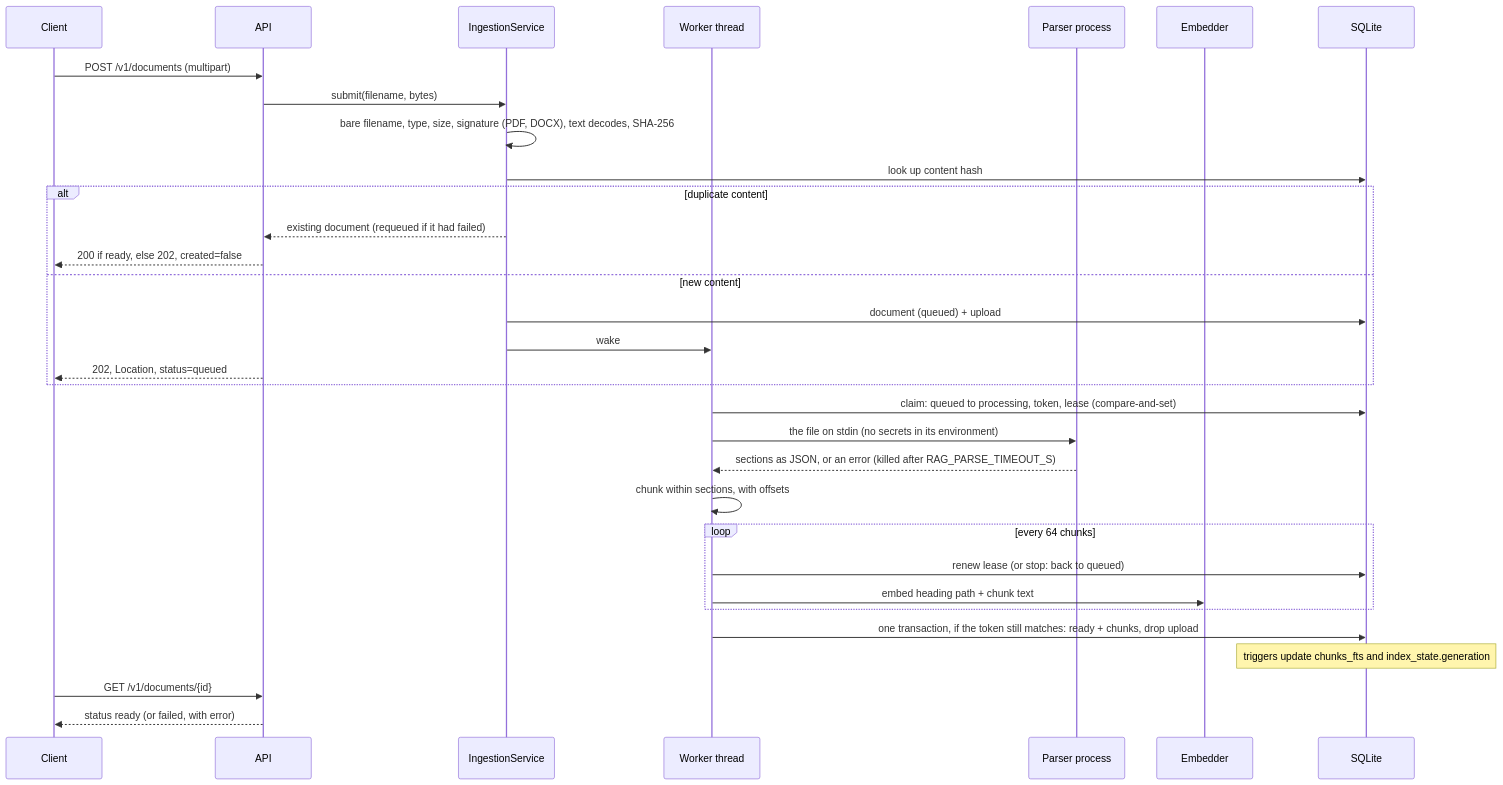
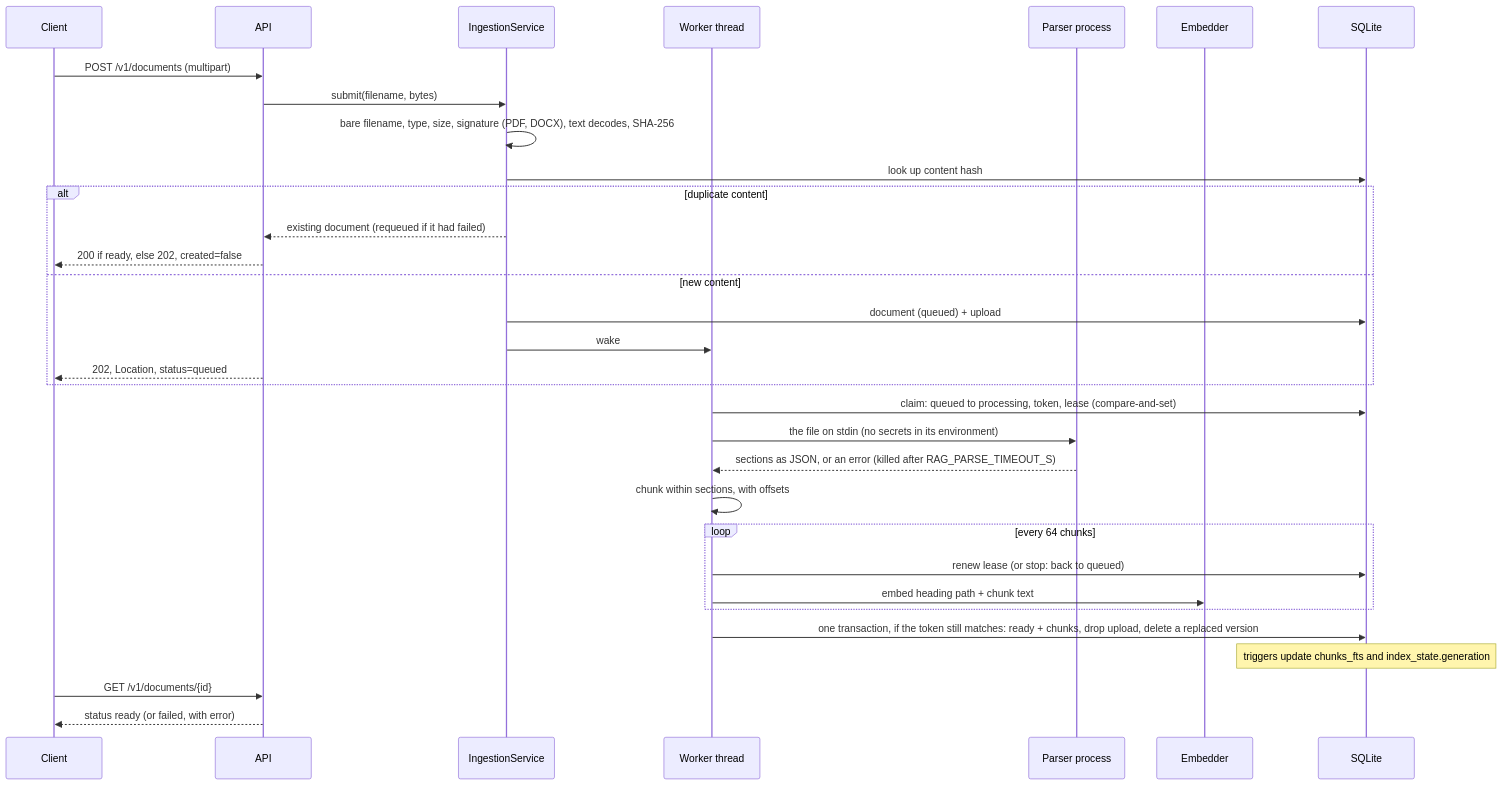
Before and after one commit to saicharan-nidiganti/production-rag: the third of 7 diagrams in docs/architecture.md, drawn with Mermaid. The commit also changed other lines of this file and 17 other files, not shown here.

````diff
--- a/docs/architecture.md
+++ b/docs/architecture.md
@@ -141,34 +141,34 @@
 ```mermaid
 sequenceDiagram
     participant C as Client
     participant A as API
     participant I as IngestionService
     participant W as Worker thread
     participant P as Parser process
     participant E as Embedder
     participant D as SQLite
     C->>A: POST /v1/documents (multipart)
     A->>I: submit(filename, bytes)
     I->>I: bare filename, type, size, signature (PDF, DOCX), text decodes, SHA-256
     I->>D: look up content hash
     alt duplicate content
         I-->>A: existing document (requeued if it had failed)
         A-->>C: 200 if ready, else 202, created=false
     else new content
         I->>D: document (queued) + upload
         I->>W: wake
         A-->>C: 202, Location, status=queued
     end
     W->>D: claim: queued to processing, token, lease (compare-and-set)
     W->>P: the file on stdin (no secrets in its environment)
     P-->>W: sections as JSON, or an error (killed after RAG_PARSE_TIMEOUT_S)
     W->>W: chunk within sections, with offsets
     loop every 64 chunks
         W->>D: renew lease (or stop: back to queued)
         W->>E: embed heading path + chunk text
     end
-    W->>D: one transaction, if the token still matches: ready + chunks, drop upload
+    W->>D: one transaction, if the token still matches: ready + chunks, drop upload, delete a replaced version
     Note over D: triggers update chunks_fts and index_state.generation
     C->>A: GET /v1/documents/{id}
     A-->>C: status ready (or failed, with error)
 ```
````
